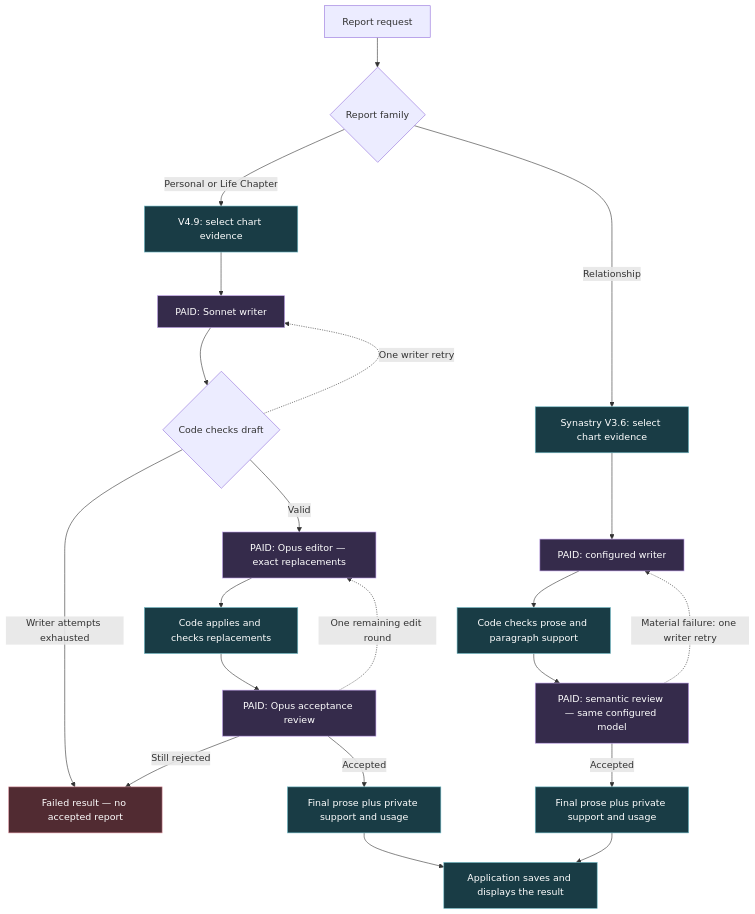
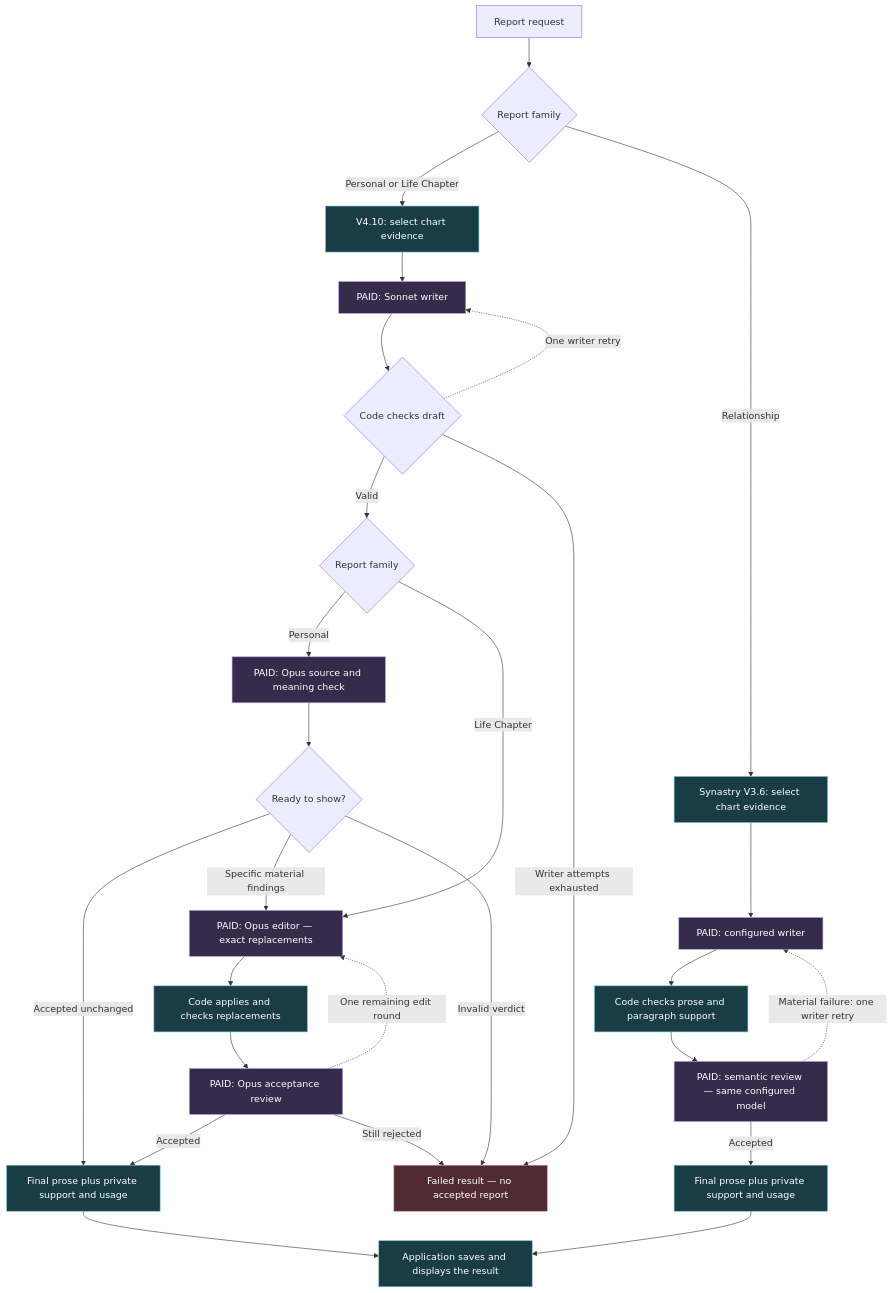
The first of 2 diagrams in docs/architecture/REPORT_WRITING_FLOW.md (tonycecala/Astra), drawn with Mermaid before and after one commit. The commit also changed other lines of this file and 6 other files, not shown here.

Commit message:
Make Personal editing conditional on source-review findings

````diff
--- a/docs/architecture/REPORT_WRITING_FLOW.md
+++ b/docs/architecture/REPORT_WRITING_FLOW.md
@@ -11,35 +11,42 @@
 ```mermaid
 flowchart TD
     R["Report request"] --> T{"Report family"}
-    T -->|Personal or Life Chapter| P["V4.9: select chart evidence"]
+    T -->|Personal or Life Chapter| P["V4.10: select chart evidence"]
     P --> W["PAID: Sonnet writer"]
     W --> C{"Code checks draft"}
-    C -->|Valid| E["PAID: Opus editor — exact replacements"]
+    C -->|Valid| K{"Report family"}
+    K -->|Personal| G0["PAID: Opus source and meaning check"]
+    G0 --> Q{"Ready to show?"}
+    Q -->|Accepted unchanged| O["Final prose plus private support and usage"]
+    Q -->|Specific material findings| E["PAID: Opus editor — exact replacements"]
+    Q -->|Invalid verdict| F["Failed result — no accepted report"]
+    K -->|Life Chapter| E
     C -.->|One writer retry| W
     C -->|Writer attempts exhausted| F["Failed result — no accepted report"]
     E --> A["Code applies and checks replacements"]
     A --> G["PAID: Opus acceptance review"]
-    G -->|Accepted| O["Final prose plus private support and usage"]
+    G -->|Accepted| O
     G -.->|One remaining edit round| E
     G -->|Still rejected| F
     T -->|Relationship| S["Synastry V3.6: select chart evidence"]
     S --> SW["PAID: configured writer"]
     SW --> SC["Code checks prose and paragraph support"]
     SC --> SR["PAID: semantic review — same configured model"]
     SR -->|Accepted| SO["Final prose plus private support and usage"]
     SR -.->|Material failure: one writer retry| SW
     O --> V["Application saves and displays the result"]
     SO --> V
     click P "../../packages/astrology/src/index.ts" "Report dispatch and evidence selection"
     click W "../../packages/astrology/src/report/portraitsV4.ts" "V4 writer"
     click E "../../packages/astrology/src/report/portraitsV4.ts" "V4 editor"
     click G "../../packages/astrology/src/report/portraitsV4.ts" "V4 acceptance review"
+    click G0 "../../packages/astrology/src/report/portraitsV4.ts" "Personal review before editing"
     click SW "../../packages/astrology/src/report/synastryV3.ts" "Synastry writer and review prompts"
     click SR "../../packages/astrology/src/index.ts" "Synastry orchestration"
     classDef paid fill:#352b4b,stroke:#be9fea,color:#fff
     classDef code fill:#193c45,stroke:#72bdc9,color:#fff
     classDef failure fill:#512b32,stroke:#d8939e,color:#fff
-    class W,E,G,SW,SR paid
+    class W,E,G,G0,SW,SR paid
     class P,A,S,SC,O,SO,V code
     class F failure
 ```
````
